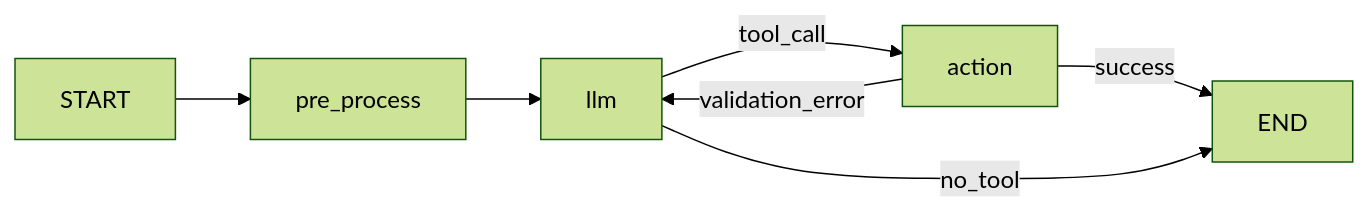
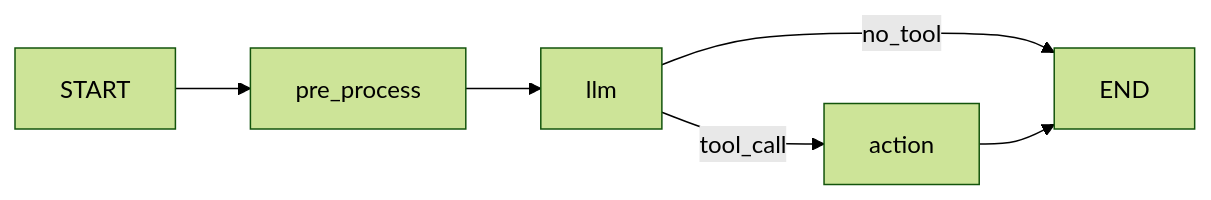
One commit to antlbn/Timezone_bot changed the diagram in journal/14_llm_module.md. Above: the diagram before and after it, drawn with Mermaid (forest theme). The commit also changed other lines of this file and 21 other files, not shown here.

````diff
--- a/journal/14_llm_module.md
+++ b/journal/14_llm_module.md
@@ -32,9 +68,8 @@
 ```mermaid
 graph LR
     START --> pre_process
     pre_process --> llm
     llm -->|tool_call| action
-    action -->|validation_error| llm
-    action -->|success| END
     llm -->|no_tool| END
+    action --> END
 ```
````
